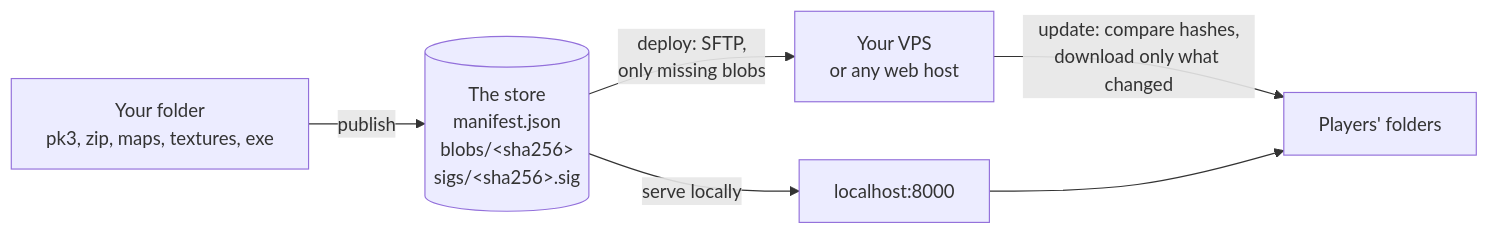
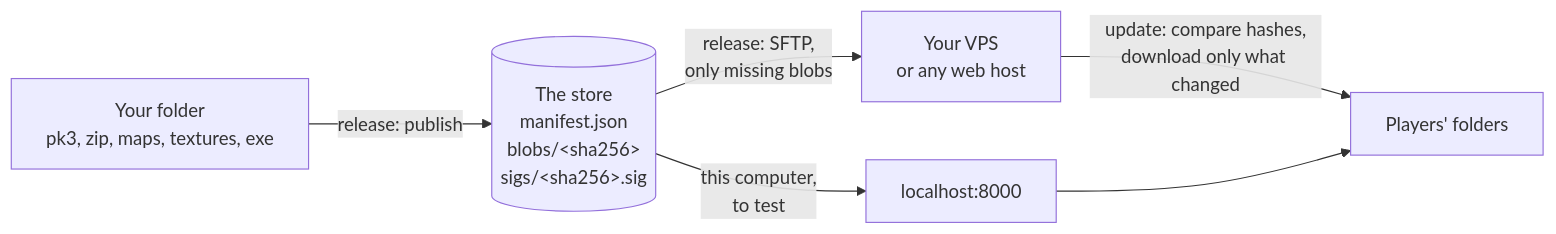
The diagram in README.md (2cwldys/deltapatcher), drawn with Mermaid before and after one commit. The commit also changed other lines of this file and 19 other files, not shown here.

First line of the commit message:
App: one Release page in place of Publish and Server

````diff
--- a/README.md
+++ b/README.md
@@ -46,8 +46,8 @@
 ```mermaid
 flowchart LR
-  A["Your folder<br/>pk3, zip, maps, textures, exe"] -->|publish| B[("The store<br/>manifest.json<br/>blobs/&lt;sha256&gt;<br/>sigs/&lt;sha256&gt;.sig")]
-  B -->|deploy: SFTP,<br/>only missing blobs| C["Your VPS<br/>or any web host"]
-  B -->|serve locally| D["localhost:8000"]
+  A["Your folder<br/>pk3, zip, maps, textures, exe"] -->|release: publish| B[("The store<br/>manifest.json<br/>blobs/&lt;sha256&gt;<br/>sigs/&lt;sha256&gt;.sig")]
+  B -->|release: SFTP,<br/>only missing blobs| C["Your VPS<br/>or any web host"]
+  B -->|this computer,<br/>to test| D["localhost:8000"]
   C -->|update: compare hashes,<br/>download only what changed| E["Players' folders"]
   D --> E
 ```
````
